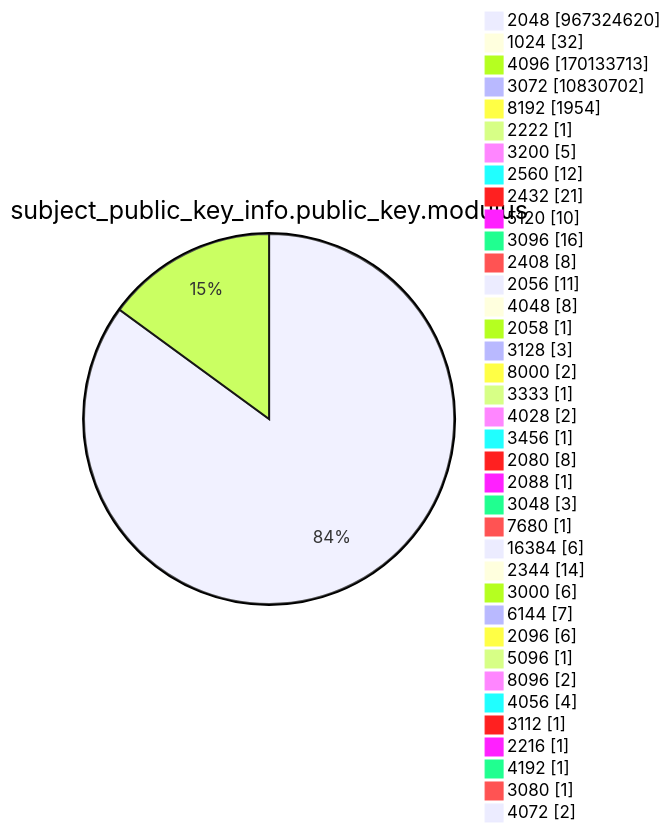
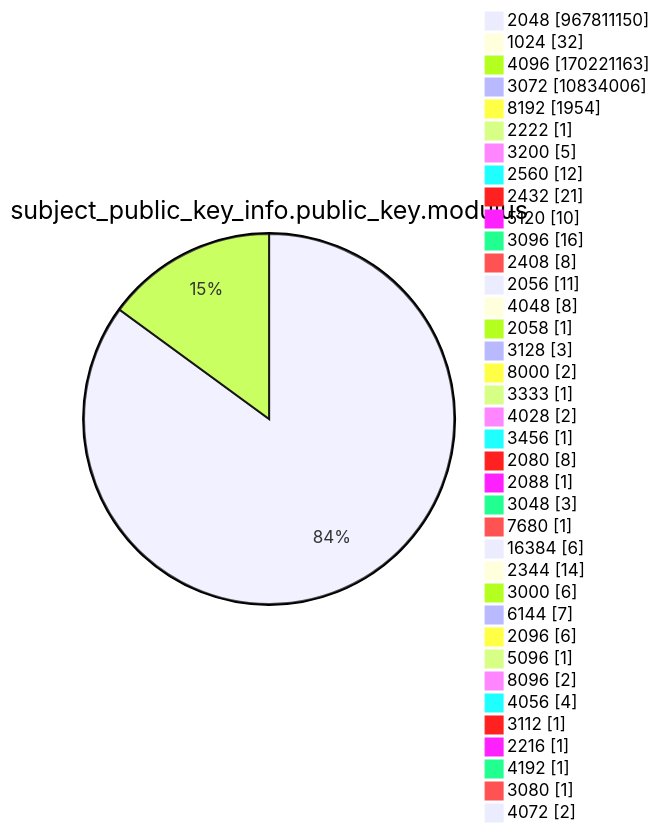
Diagram 13 of 15 in argon2022/README.md (christiankrug/ctmonitor_visualization), drawn with Mermaid before and after one commit. The commit also changed other lines of this file, not shown here.

````diff
--- a/argon2022/README.md
+++ b/argon2022/README.md
@@ -3587,41 +3587,41 @@
 ```mermaid
 pie showData
 title subject_public_key_info.public_key.modulus
-"2048" :967324620
+"2048" :967811150
 "1024" :32
-"4096" :170133713
-"3072" :10830702
+"4096" :170221163
+"3072" :10834006
 "8192" :1954
 "2222" :1
 "3200" :5
 "2560" :12
 "2432" :21
 "5120" :10
 "3096" :16
 "2408" :8
 "2056" :11
 "4048" :8
 "2058" :1
 "3128" :3
 "8000" :2
 "3333" :1
 "4028" :2
 "3456" :1
 "2080" :8
 "2088" :1
 "3048" :3
 "7680" :1
 "16384" :6
 "2344" :14
 "3000" :6
 "6144" :7
 "2096" :6
 "5096" :1
 "8096" :2
 "4056" :4
 "3112" :1
 "2216" :1
 "4192" :1
 "3080" :1
 "4072" :2
 ```
````
